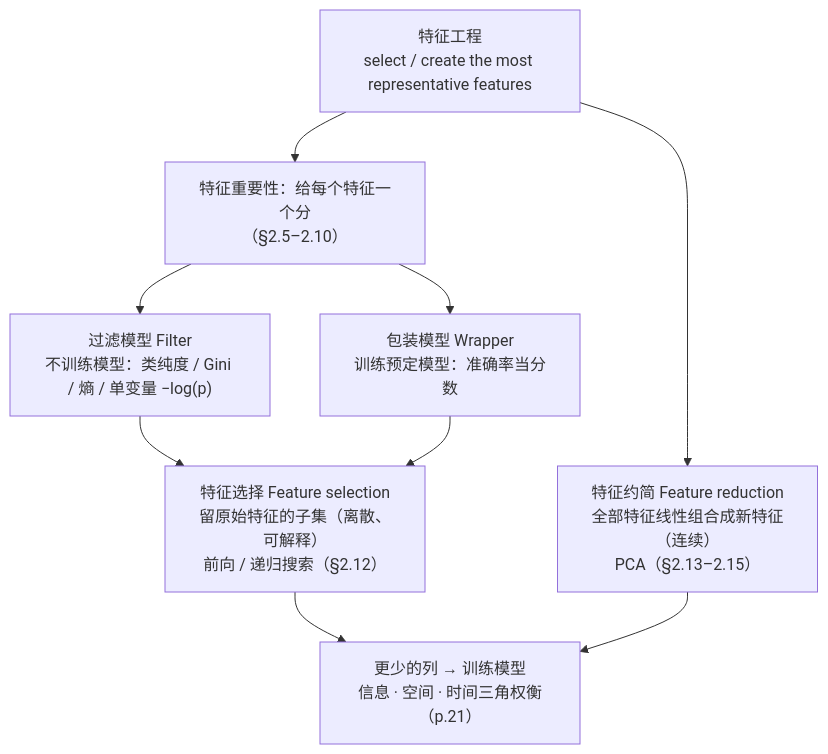
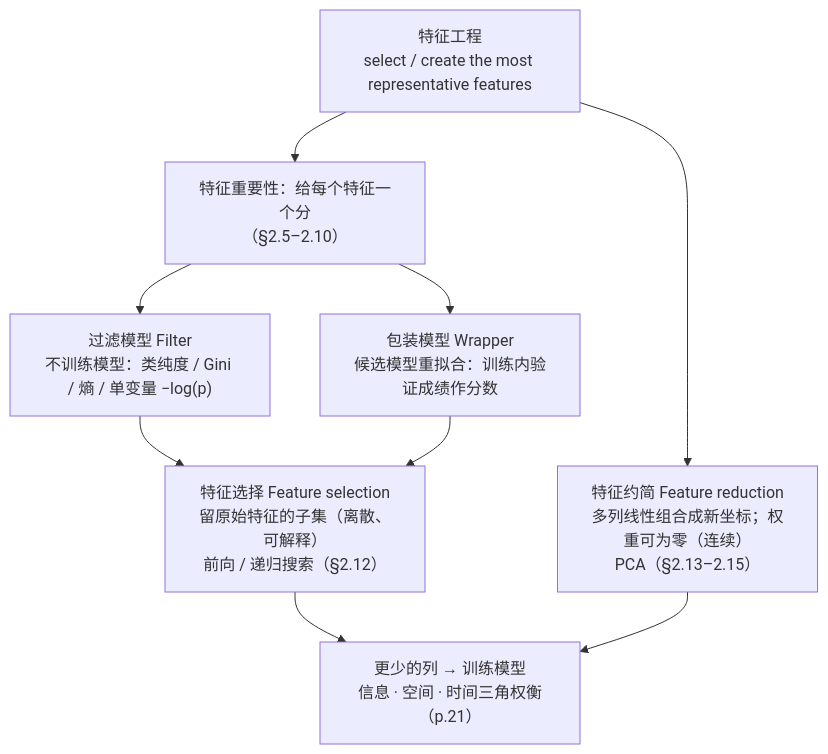
Diagram 12 of 14 in IS6400_Business_Data_Analytics/notes/M04-特征工程-特征重要性与降维.md (CercaTrovato/cityu-ai-course-notes), drawn with Mermaid before and after one commit. The commit also changed other lines of this file and 116 other files, not shown here.

````diff
--- a/IS6400_Business_Data_Analytics/notes/M04-特征工程-特征重要性与降维.md
+++ b/IS6400_Business_Data_Analytics/notes/M04-特征工程-特征重要性与降维.md
@@ -1918,11 +2357,11 @@
 ```mermaid
 flowchart TD
     FE["特征工程<br/>select / create the most representative features"] --> IMP["特征重要性：给每个特征一个分<br/>（§2.5–2.10）"]
     IMP --> F["过滤模型 Filter<br/>不训练模型：类纯度 / Gini / 熵 / 单变量 −log(p)"]
-    IMP --> W["包装模型 Wrapper<br/>训练预定模型：准确率当分数"]
+    IMP --> W["包装模型 Wrapper<br/>候选模型重拟合：训练内验证成绩作分数"]
     F --> SEL["特征选择 Feature selection<br/>留原始特征的子集（离散、可解释）<br/>前向 / 递归搜索（§2.12）"]
     W --> SEL
-    FE --> RED["特征约简 Feature reduction<br/>全部特征线性组合成新特征（连续）<br/>PCA（§2.13–2.15）"]
+    FE --> RED["特征约简 Feature reduction<br/>多列线性组合成新坐标；权重可为零（连续）<br/>PCA（§2.13–2.15）"]
     SEL --> OUT["更少的列 → 训练模型<br/>信息 · 空间 · 时间三角权衡（p.21）"]
     RED --> OUT
 ```
````
